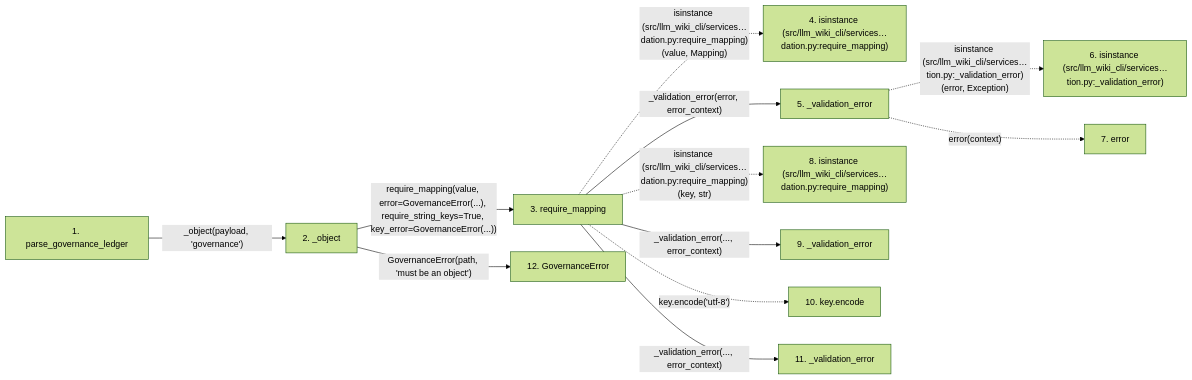
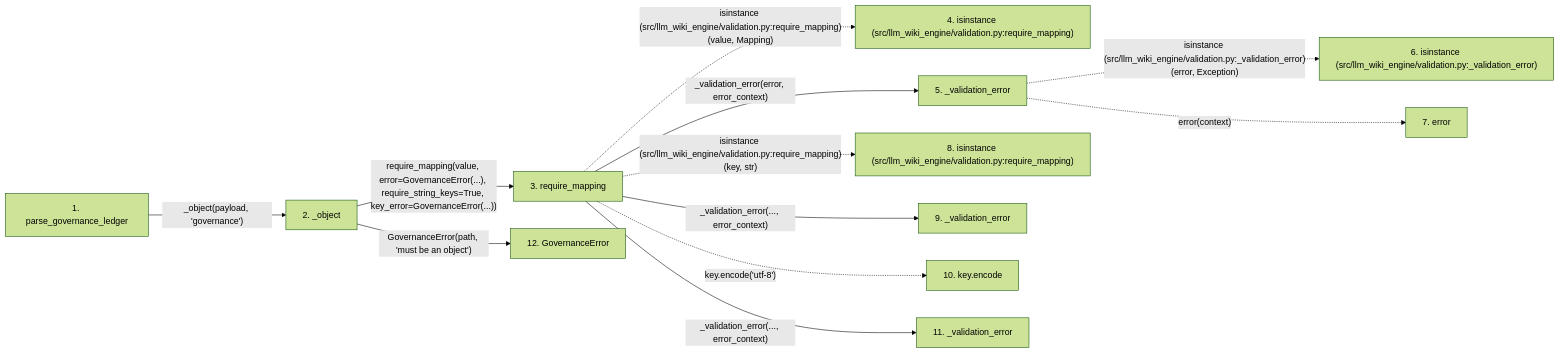
One commit to Denissvgn/python-wiki-llm changed the second of 2 diagrams in docs/llm_wiki/flows/api-parse_governance_ledger.md. Above: the diagram before and after it, drawn with Mermaid (forest theme). The commit also changed other lines of this file and 1103 other files, not shown here.

First line of the commit message:
docs: refresh the wiki for the llm-wiki-engine distribution

````diff
--- a/docs/llm_wiki/flows/api-parse_governance_ledger.md
+++ b/docs/llm_wiki/flows/api-parse_governance_ledger.md
@@ -140,33 +140,33 @@
 ```mermaid
 flowchart LR
     s1["1. parse_governance_ledger"]
     s2["2. _object"]
     s3["3. require_mapping"]
-    s4["4. isinstance (src/llm_wiki_cli/services…dation.py:require_mapping)"]
+    s4["4. isinstance (src/llm_wiki_engine/validation.py:require_mapping)"]
     s5["5. _validation_error"]
-    s6["6. isinstance (src/llm_wiki_cli/services…tion.py:_validation_error)"]
+    s6["6. isinstance (src/llm_wiki_engine/validation.py:_validation_error)"]
     s7["7. error"]
-    s8["8. isinstance (src/llm_wiki_cli/services…dation.py:require_mapping)"]
+    s8["8. isinstance (src/llm_wiki_engine/validation.py:require_mapping)"]
     s9["9. _validation_error"]
     s10["10. key.encode"]
     s11["11. _validation_error"]
     s12["12. GovernanceError"]
     s1 -->|"_object(payload, 'governance')"| s2
     s2 -->|"require_mapping(value, error=GovernanceError(...), require_string_keys=True, key_error=GovernanceError(...))"| s3
-    s3 -. "isinstance (src/llm_wiki_cli/services…dation.py:require_mapping)(value, Mapping)" .-> s4
+    s3 -. "isinstance (src/llm_wiki_engine/validation.py:require_mapping)(value, Mapping)" .-> s4
     s3 -->|"_validation_error(error, error_context)"| s5
-    s5 -. "isinstance (src/llm_wiki_cli/services…tion.py:_validation_error)(error, Exception)" .-> s6
+    s5 -. "isinstance (src/llm_wiki_engine/validation.py:_validation_error)(error, Exception)" .-> s6
     s5 -. "error(context)" .-> s7
-    s3 -. "isinstance (src/llm_wiki_cli/services…dation.py:require_mapping)(key, str)" .-> s8
+    s3 -. "isinstance (src/llm_wiki_engine/validation.py:require_mapping)(key, str)" .-> s8
     s3 -->|"_validation_error(..., error_context)"| s9
     s3 -. "key.encode('utf-8')" .-> s10
     s3 -->|"_validation_error(..., error_context)"| s11
     s2 -->|"GovernanceError(path, 'must be an object')"| s12
     click s1 "../modules/knowledge_governance.md"
     click s2 "../modules/knowledge_governance.md"
     click s3 "../modules/validation.md"
     click s5 "../modules/validation.md"
     click s9 "../modules/validation.md"
     click s11 "../modules/validation.md"
     click s12 "../modules/knowledge_governance.md"
 ```
````
